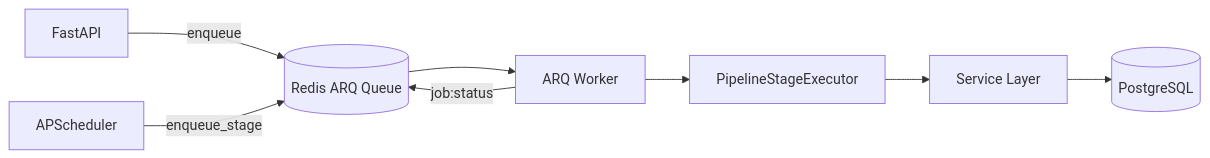
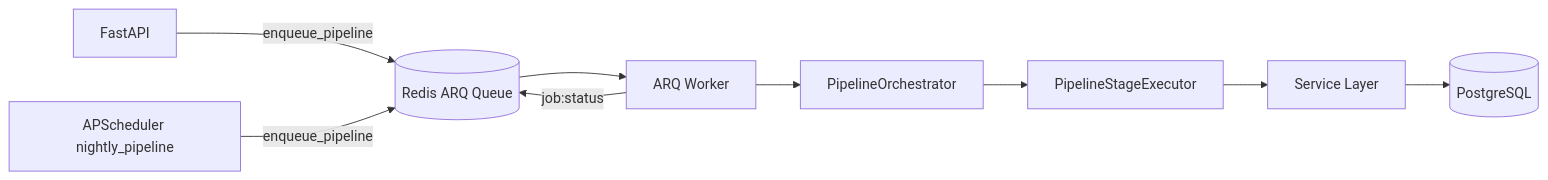
Before and after one commit to SandeebAdhikari/venture-studio: the second of 2 diagrams in docs/pipeline-orchestration.md, drawn with Mermaid. The commit also changed other lines of this file and 9 other files, not shown here.

````diff
--- a/docs/pipeline-orchestration.md
+++ b/docs/pipeline-orchestration.md
@@ -107,10 +115,11 @@
 ```mermaid
 flowchart LR
-    API[FastAPI] -->|enqueue| Redis[(Redis ARQ Queue)]
-    Scheduler[APScheduler] -->|enqueue_stage| Redis
+    API[FastAPI] -->|enqueue_pipeline| Redis[(Redis ARQ Queue)]
+    Scheduler[APScheduler nightly_pipeline] -->|enqueue_pipeline| Redis
     Redis --> Worker[ARQ Worker]
-    Worker --> Exec[PipelineStageExecutor]
+    Worker --> Orch[PipelineOrchestrator]
+    Orch --> Exec[PipelineStageExecutor]
     Exec --> Services[Service Layer]
     Services --> PG[(PostgreSQL)]
     Worker -->|job:status| Redis
 ```
````
